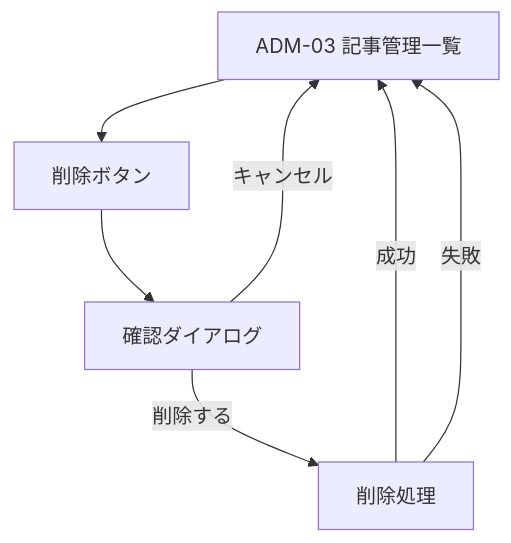
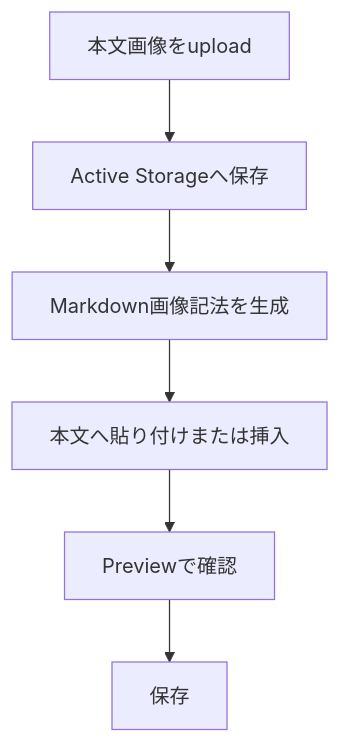
The fifth of 5 diagrams in docs/screen-flow.md (kouichiiijima-saori/first-data-science), drawn with Mermaid before and after one commit. The commit also changed other lines of this file and 4 other files, not shown here.

````diff
--- a/docs/screen-flow.md
+++ b/docs/screen-flow.md
@@ -132,9 +121,8 @@
 ```mermaid
 flowchart TD
-  A["ADM-03 記事管理一覧"] --> B["削除ボタン"]
-  B --> C["確認ダイアログ"]
-  C -->|キャンセル| A
-  C -->|削除する| D["削除処理"]
-  D -->|成功| A
-  D -->|失敗| A
+  A["本文画像をupload"] --> B["Active Storageへ保存"]
+  B --> C["Markdown画像記法を生成"]
+  C --> D["本文へ貼り付けまたは挿入"]
+  D --> E["Previewで確認"]
+  E --> F["保存"]
 ```
````
